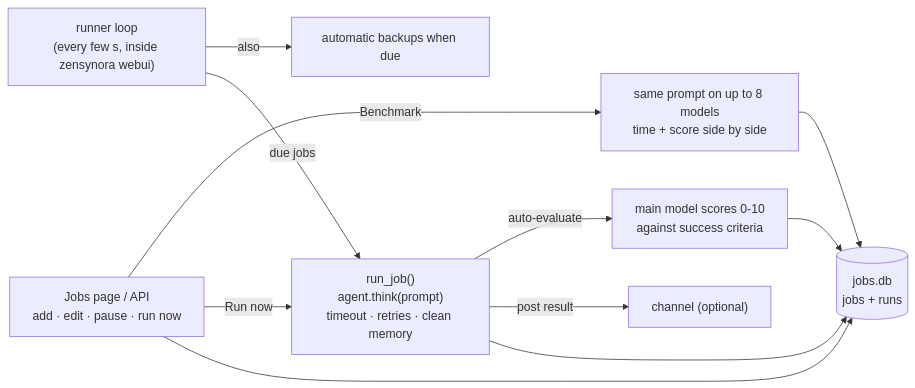
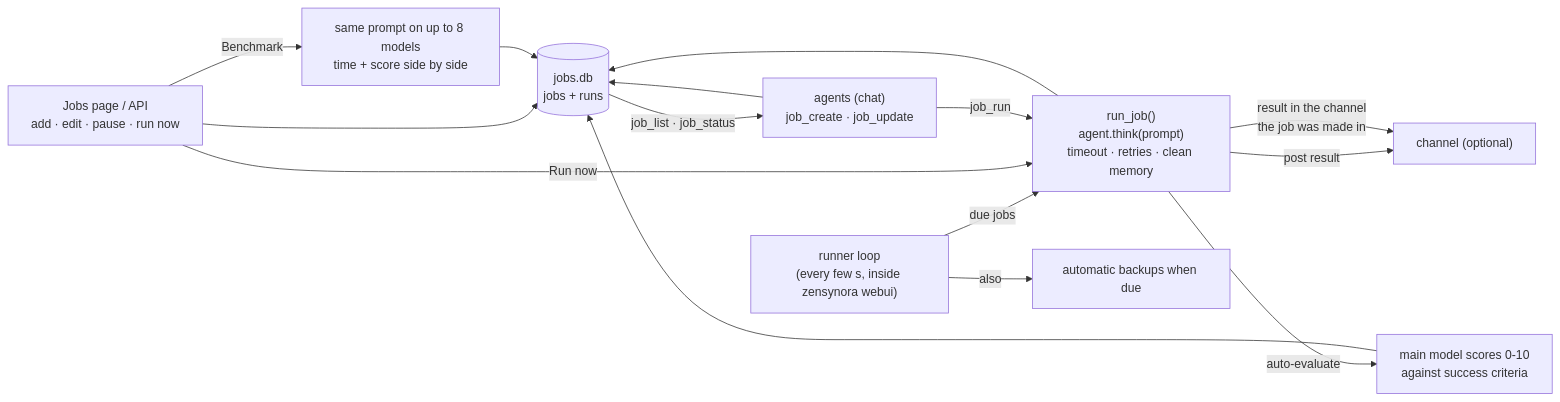
Diagram 14 of 20 in docs/architecture_diagram.md (adrianx26/zensynora), drawn with Mermaid before and after one commit. The commit also changed other lines of this file and 14 other files, not shown here.

First line of the commit message:
Agents can create, run and check jobs on the Jobs page

````diff
--- a/docs/architecture_diagram.md
+++ b/docs/architecture_diagram.md
@@ -462,13 +462,17 @@
 ```mermaid
 flowchart LR
     ui["Jobs page / API<br/>add · edit · pause · run now"] --> store[("jobs.db<br/>jobs + runs")]
     tick["runner loop<br/>(every few s, inside zensynora webui)"] -- "due jobs" --> run
     ui -- "Run now" --> run["run_job()<br/>agent.think(prompt)<br/>timeout · retries · clean memory"]
     run --> store
     run -- "post result" --> chan["channel (optional)"]
     run -- "auto-evaluate" --> judge["main model scores 0-10<br/>against success criteria"]
     ui -- "Benchmark" --> bench["same prompt on up to 8 models<br/>time + score side by side"]
     bench --> store
     judge --> store
     tick -- "also" --> ab["automatic backups when due"]
+    agent["agents (chat)<br/>job_create · job_update"] --> store
+    agent -- "job_run" --> run
+    store -- "job_list · job_status" --> agent
+    run -- "result in the channel<br/>the job was made in" --> chan
 ```
````
